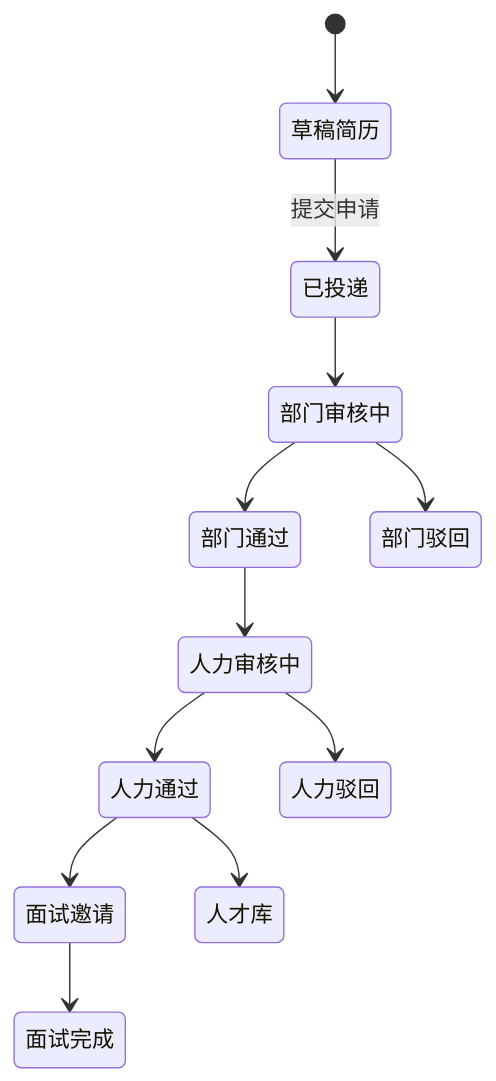
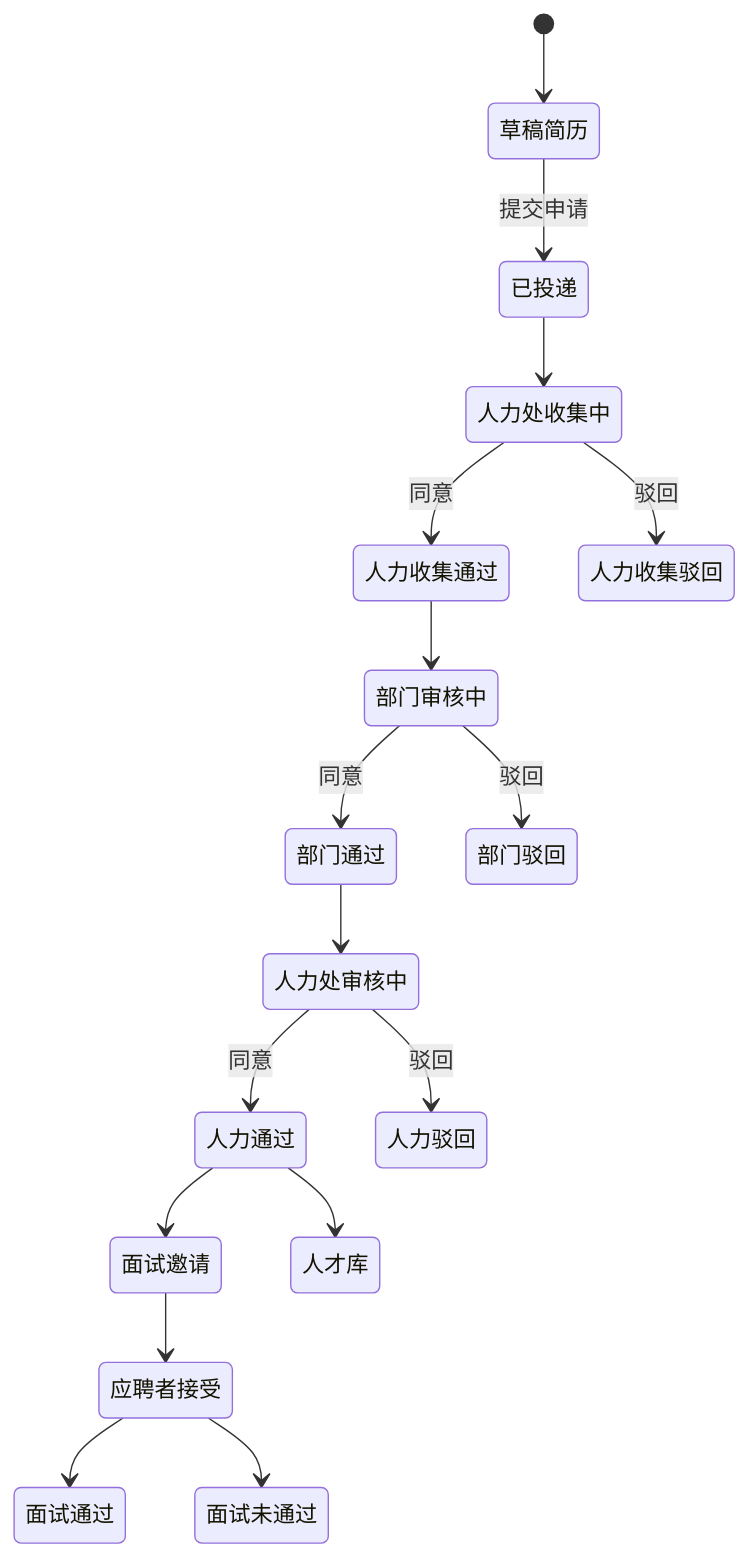
The second of 2 diagrams in docs/obsidian/04-招聘业务域.md (yunfanleoq/xgsrms), drawn with Mermaid before and after one commit. The commit also changed other lines of this file and 24 other files, not shown here.

````diff
--- a/docs/obsidian/04-招聘业务域.md
+++ b/docs/obsidian/04-招聘业务域.md
@@ -49,14 +49,19 @@
 ```mermaid
 stateDiagram-v2
   [*] --> 草稿简历
   草稿简历 --> 已投递: 提交申请
-  已投递 --> 部门审核中
-  部门审核中 --> 部门通过
-  部门审核中 --> 部门驳回
-  部门通过 --> 人力审核中
-  人力审核中 --> 人力通过
-  人力审核中 --> 人力驳回
+  已投递 --> 人力处收集中
+  人力处收集中 --> 人力收集通过: 同意
+  人力处收集中 --> 人力收集驳回: 驳回
+  人力收集通过 --> 部门审核中
+  部门审核中 --> 部门通过: 同意
+  部门审核中 --> 部门驳回: 驳回
+  部门通过 --> 人力处审核中
+  人力处审核中 --> 人力通过: 同意
+  人力处审核中 --> 人力驳回: 驳回
   人力通过 --> 面试邀请
-  面试邀请 --> 面试完成
+  面试邀请 --> 应聘者接受
+  应聘者接受 --> 面试通过
+  应聘者接受 --> 面试未通过
   人力通过 --> 人才库
 ```
````
